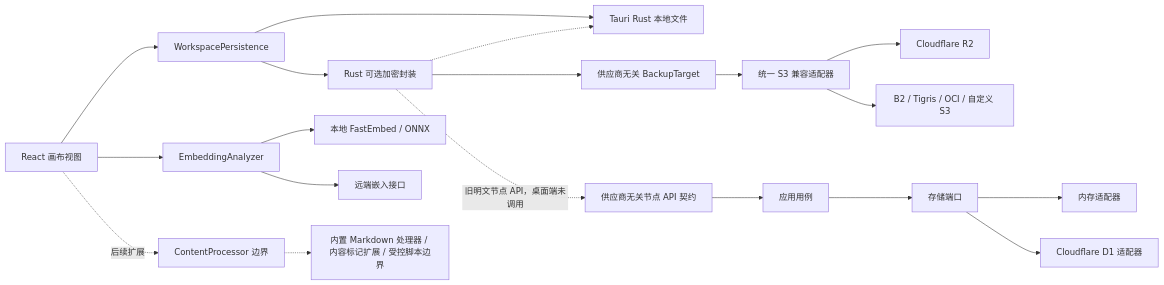
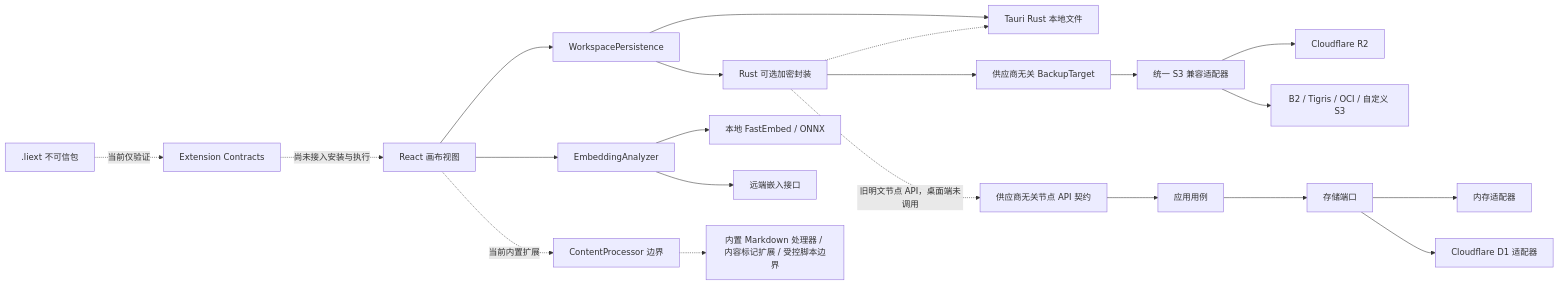
The diagram in DEVELOPMENT.md (3fteye/linked-info), drawn with Mermaid before and after one commit. The commit also changed other lines of this file and 14 other files, not shown here.

````diff
--- a/DEVELOPMENT.md
+++ b/DEVELOPMENT.md
@@ -33,21 +34,23 @@
 ```mermaid
 flowchart LR
     UI["React 画布视图"] --> WP["WorkspacePersistence"]
     WP --> TF["Tauri Rust 本地文件"]
     WP --> ENC["Rust 可选加密封装"]
     ENC -.-> TF
     UI --> EA["EmbeddingAnalyzer"]
     EA --> LE["本地 FastEmbed / ONNX"]
     EA --> RE["远端嵌入接口"]
-    UI -. "后续扩展" .-> CP["ContentProcessor 边界"]
+    UI -. "当前内置扩展" .-> CP["ContentProcessor 边界"]
     CP -.-> BUILTIN["内置 Markdown 处理器 / 内容标记扩展 / 受控脚本边界"]
+    EXT[".liext 不可信包"] -. "当前仅验证" .-> EC["Extension Contracts"]
+    EC -. "尚未接入安装与执行" .-> UI
     ENC --> BT["供应商无关 BackupTarget"]
     BT --> S3["统一 S3 兼容适配器"]
     S3 --> R2["Cloudflare R2"]
     S3 --> OTHER["B2 / Tigris / OCI / 自定义 S3"]
     ENC -. "旧明文节点 API，桌面端未调用" .-> API["供应商无关节点 API 契约"]
     API --> APP["应用用例"]
     APP --> PORT["存储端口"]
     PORT --> MEM["内存适配器"]
     PORT --> D1["Cloudflare D1 适配器"]
 ```
````
